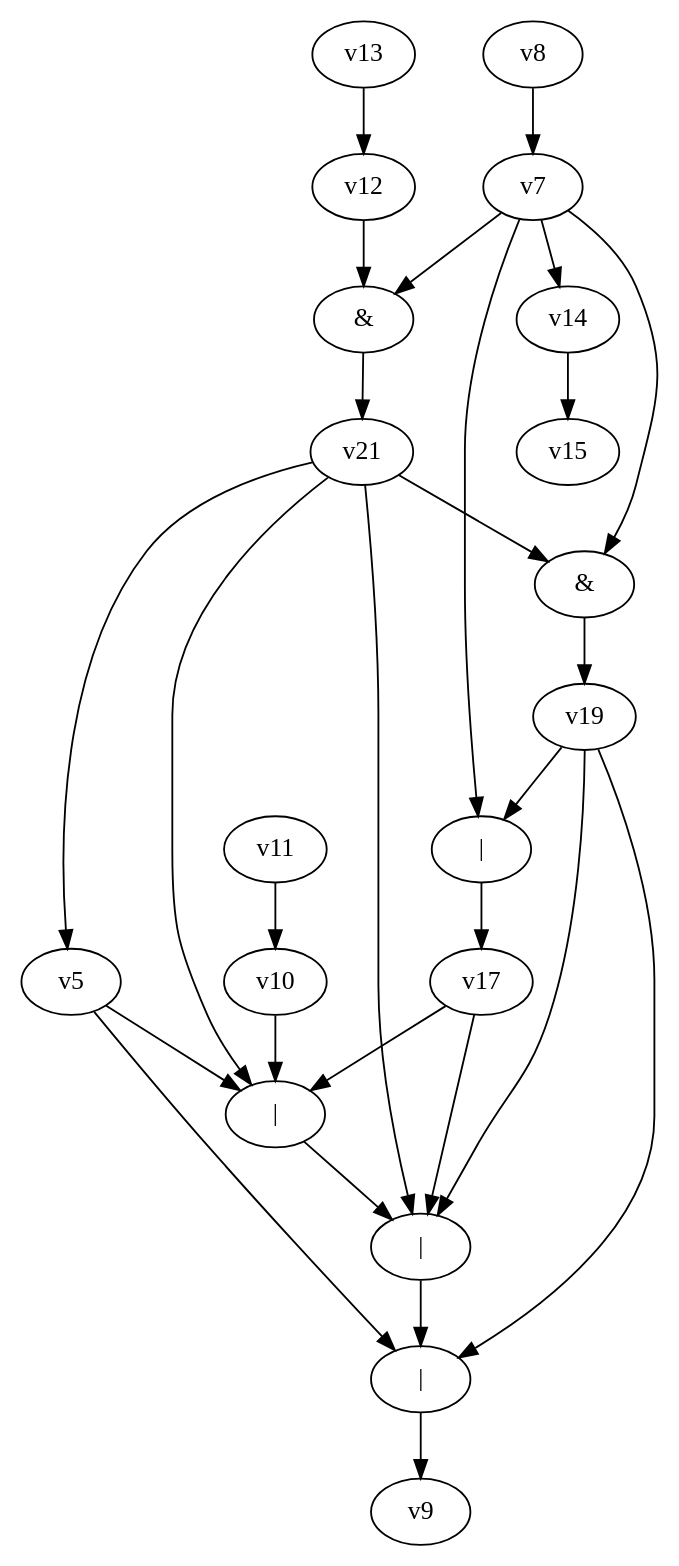
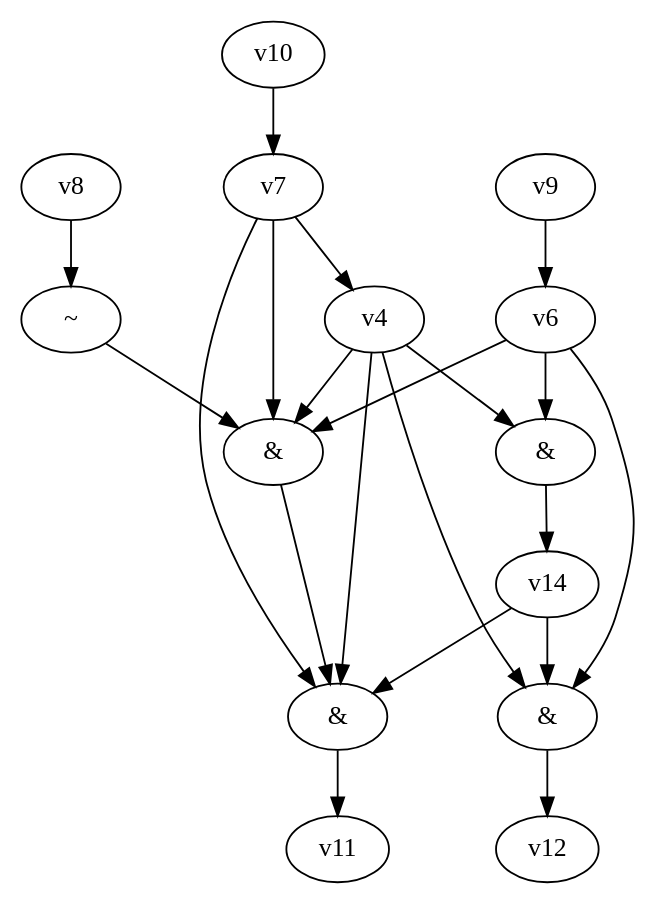
One commit to yadej/graph_project changed the diagram in dot_files/random_bool_circ.dot. Above: the diagram before and after it, drawn with Graphviz. The commit also changed 2 other files, not shown here.

```diff
--- a/dot_files/random_bool_circ.dot
+++ b/dot_files/random_bool_circ.dot
@@ -1,31 +1,26 @@
 digraph G { 
-v0 [label="|"]; 
-v1 [label="|"]; 
-v2 [label="|"]; 
-v16 [label="|"]; 
-v18 [label="&"]; 
-v20 [label="&"]; 
-v0 -> v9;
-v1 -> v0;
-v2 -> v1;
-v5 -> v0;
-v5 -> v2;
-v7 -> v14 -> v15;
-v7 -> v16 -> v17;
-v7 -> v18 -> v19;
-v7 -> v20 -> v21;
-v8 -> v7;
-v10 -> v2;
-v11 -> v10;
-v12 -> v20;
-v13 -> v12;
-v17 -> v1;
-v17 -> v2;
-v19 -> v0;
-v19 -> v1;
-v19 -> v16;
-v21 -> v1;
-v21 -> v2;
-v21 -> v5;
-v21 -> v18;
+v0 [label="&"]; 
+v1 [label="&"]; 
+v3 [label="&"]; 
+v5 [label="~"]; 
+v13 [label="&"]; 
+v0 -> v11;
+v1 -> v12;
+v3 -> v0;
+v4 -> v0;
+v4 -> v1;
+v4 -> v3;
+v4 -> v13 -> v14;
+v5 -> v3;
+v6 -> v1;
+v6 -> v3;
+v6 -> v13;
+v7 -> v0;
+v7 -> v3;
+v7 -> v4;
+v8 -> v5;
+v9 -> v6;
+v10 -> v7;
+v14 -> v0;
+v14 -> v1;
 }
```
